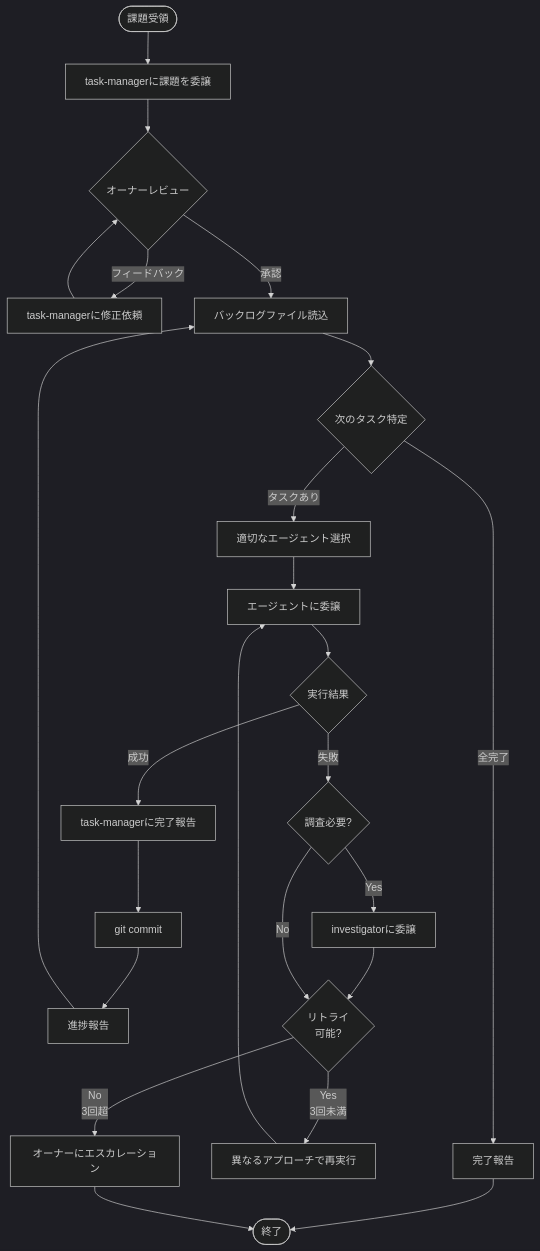
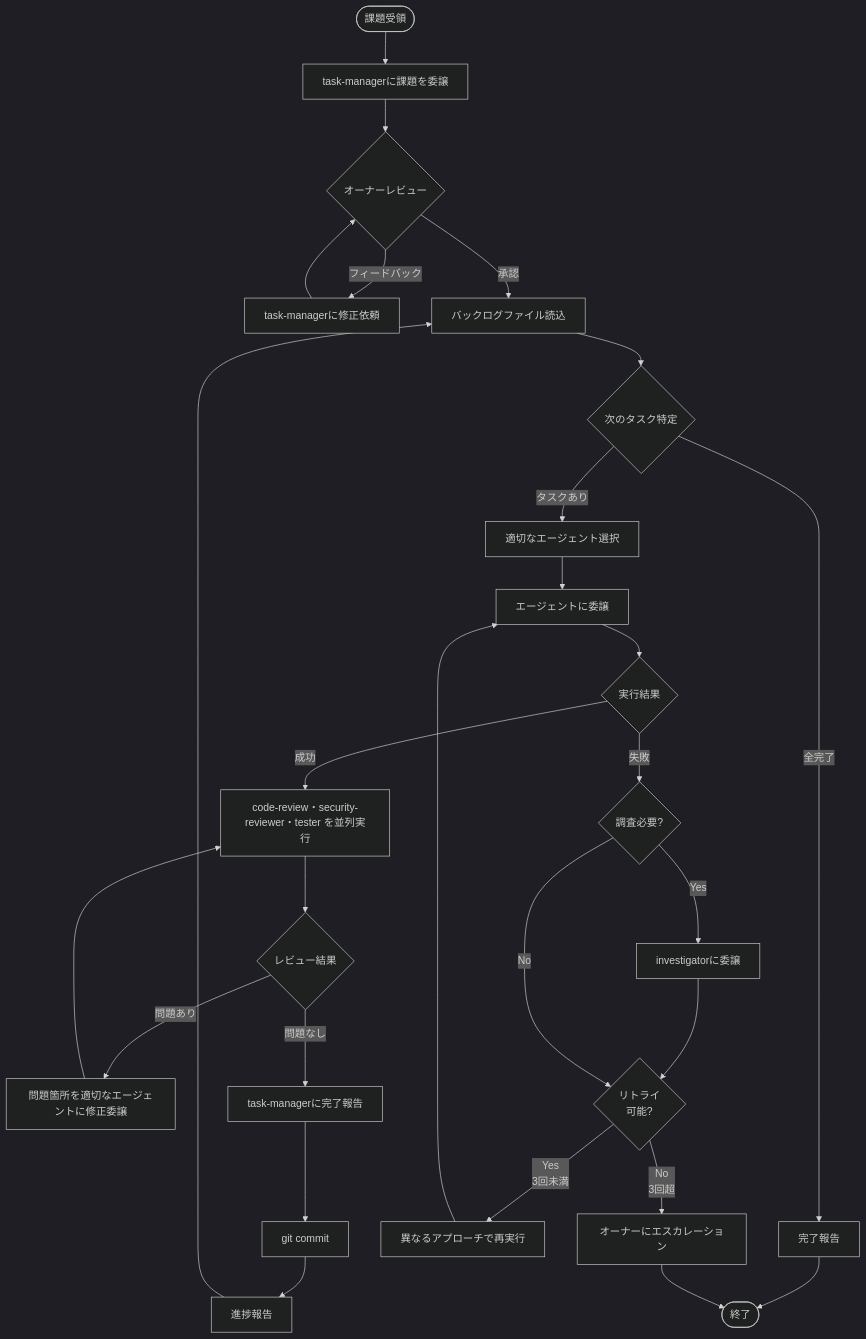
The diagram in nix/home/base/cli/copilot-cli/agents/orchestrator.agent.md (ichi-h/dotfiles), drawn with Mermaid (dark theme) before and after one commit. The commit also changed other lines of this file and 1 other file, not shown here.

````diff
--- a/nix/home/base/cli/copilot-cli/agents/orchestrator.agent.md
+++ b/nix/home/base/cli/copilot-cli/agents/orchestrator.agent.md
@@ -23,32 +23,36 @@
 ```mermaid
 graph TB
     Start([課題受領]) --> Delegate[task-managerに課題を委譲]
     Delegate --> Review{オーナーレビュー}
     Review -->|フィードバック| Modify[task-managerに修正依頼]
     Modify --> Review
     Review -->|承認| LoadBacklog[バックログファイル読込]
 
     LoadBacklog --> NextTask{次のタスク特定}
     NextTask -->|タスクあり| SelectAgent[適切なエージェント選択]
     NextTask -->|全完了| Report[完了報告]
 
     SelectAgent --> Execute[エージェントに委譲]
     Execute --> Success{実行結果}
 
-    Success -->|成功| UpdateTask[task-managerに完了報告]
+    Success -->|成功| ParallelReview["code-review・security-reviewer・tester を並列実行"]
+    ParallelReview --> ReviewResult{レビュー結果}
+    ReviewResult -->|問題あり| FixIssues[問題箇所を適切なエージェントに修正委譲]
+    FixIssues --> ParallelReview
+    ReviewResult -->|問題なし| UpdateTask[task-managerに完了報告]
     UpdateTask --> Commit[git commit]
     Commit --> Progress[進捗報告]
     Progress --> LoadBacklog
 
     Success -->|失敗| Investigate{調査必要?}
     Investigate -->|Yes| CallInvestigator[investigatorに委譲]
     CallInvestigator --> Retry{リトライ<br/>可能?}
     Investigate -->|No| Retry
 
     Retry -->|Yes<br/>3回未満| Replan[異なるアプローチで再実行]
     Replan --> Execute
     Retry -->|No<br/>3回超| Escalate[オーナーにエスカレーション]
 
     Report --> End([終了])
     Escalate --> End
 ```
````
